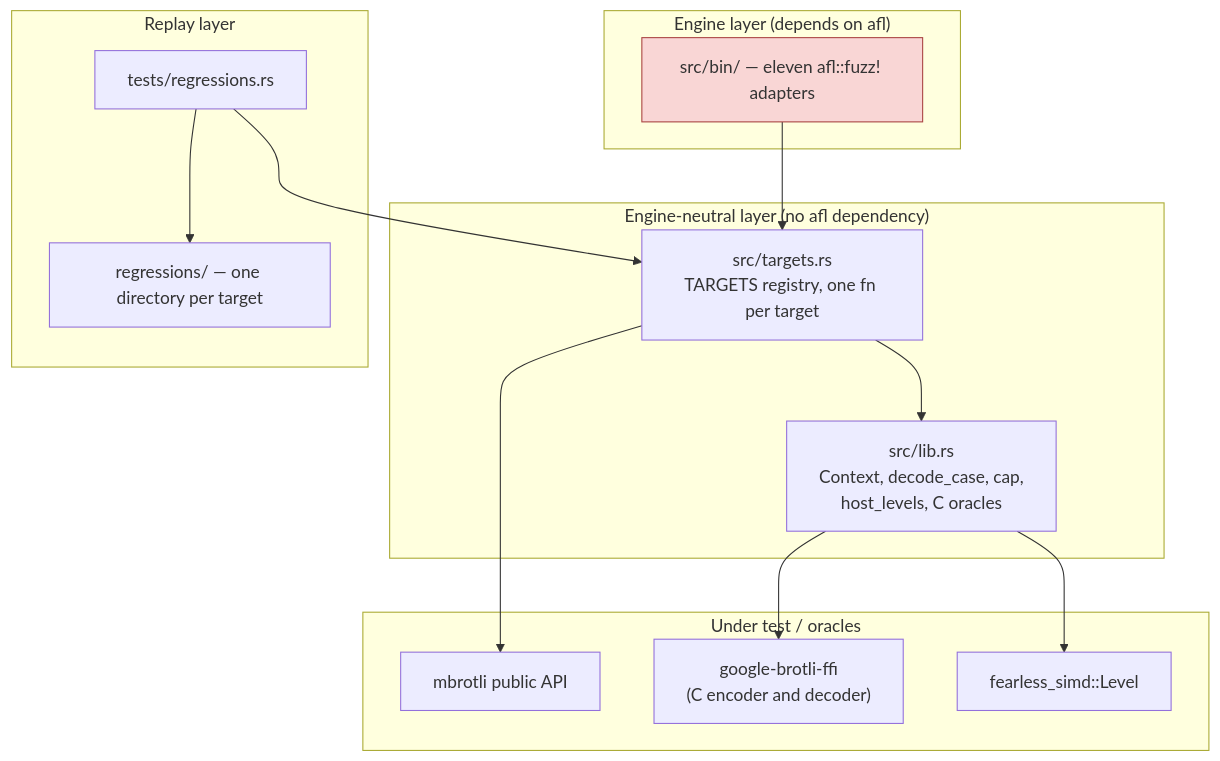
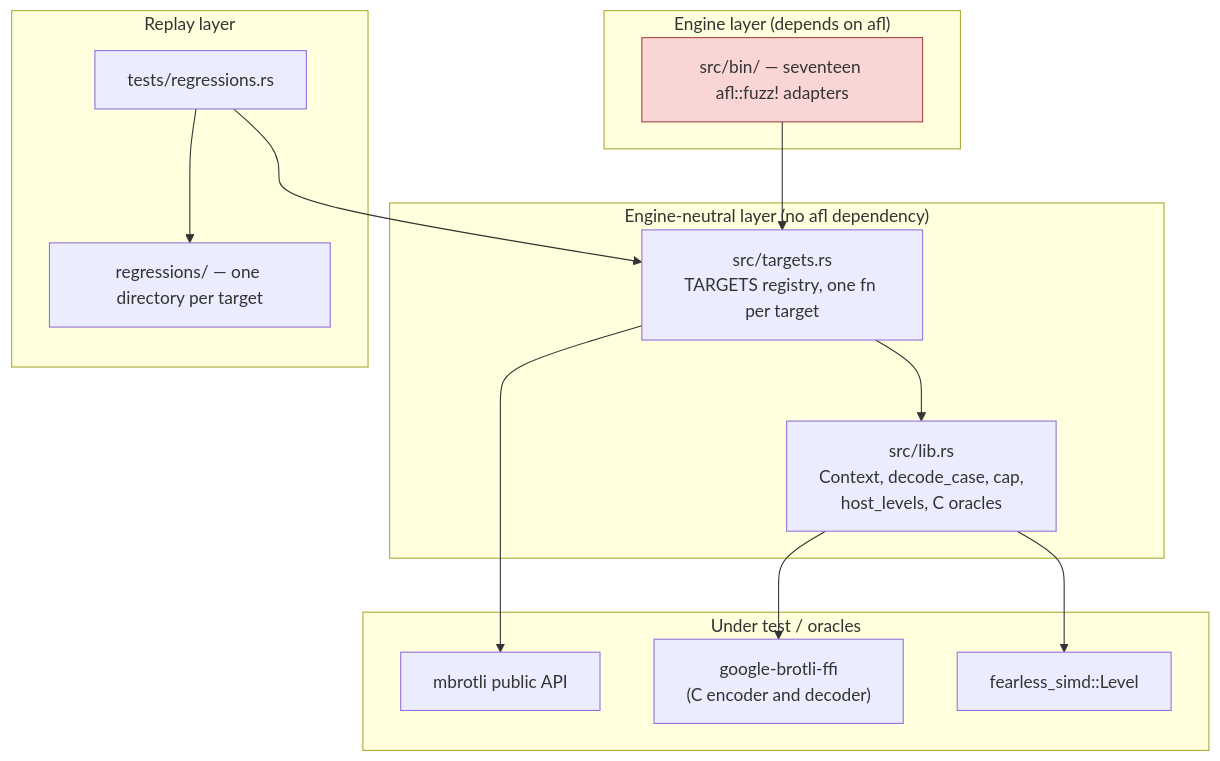
One commit to Mnwa/mbrotli changed the first of 4 diagrams in architecture/fuzzing.md. Above: the diagram before and after it, drawn with Mermaid. The commit also changed other lines of this file and 107 other files, not shown here.

````diff
--- a/architecture/fuzzing.md
+++ b/architecture/fuzzing.md
@@ -19,33 +19,33 @@
 ```mermaid
 graph TD
     subgraph engine["Engine layer (depends on afl)"]
-        bins["src/bin/ — eleven afl::fuzz! adapters"]
+        bins["src/bin/ — seventeen afl::fuzz! adapters"]
     end
 
     subgraph neutral["Engine-neutral layer (no afl dependency)"]
         targets["src/targets.rs<br/>TARGETS registry, one fn per target"]
         lib["src/lib.rs<br/>Context, decode_case, cap,<br/>host_levels, C oracles"]
     end
 
     subgraph replay["Replay layer"]
         regtest["tests/regressions.rs"]
         corpus["regressions/ — one directory per target"]
     end
 
     subgraph under["Under test / oracles"]
         mbrotli["mbrotli public API"]
         ffi["google-brotli-ffi<br/>(C encoder and decoder)"]
         simd["fearless_simd::Level"]
     end
 
     bins --> targets
     regtest --> targets
     regtest --> corpus
     targets --> lib
     targets --> mbrotli
     lib --> ffi
     lib --> simd
 
     classDef engineNode fill:#f9d6d5,stroke:#a94442;
     class bins engineNode;
 ```
````
